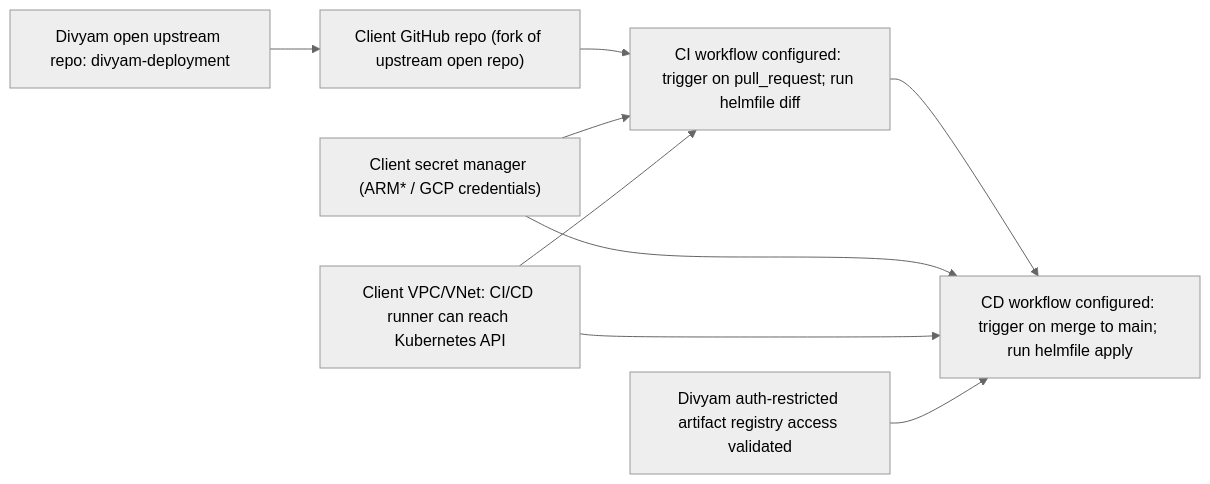
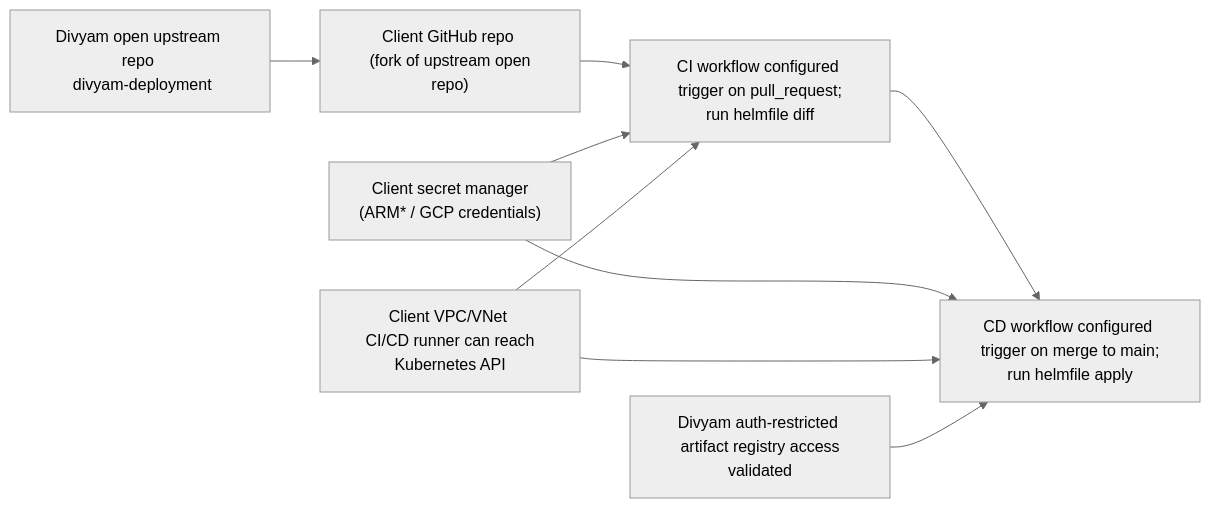
Before and after one commit to Divyam-AI/divyam-deployment: the first of 3 diagrams in k8s/docs/cicd-overview.md, drawn with Mermaid (neutral theme).

````diff
--- a/k8s/docs/cicd-overview.md
+++ b/k8s/docs/cicd-overview.md
@@ -13,17 +13,17 @@
 ```mermaid
 flowchart LR
-  U["Divyam open upstream repo: divyam-deployment"]
-  M["Client GitHub repo (fork of upstream open repo)"]
-  S["Client secret manager (ARM* / GCP credentials)"]
-  N["Client VPC/VNet: CI/CD runner can reach Kubernetes API"]
-  C["CI workflow configured: trigger on pull_request; run helmfile diff"]
-  D["CD workflow configured: trigger on merge to main; run helmfile apply"]
-  R["Divyam auth-restricted artifact registry access validated"]
+  U["Divyam open upstream repo \n divyam-deployment"]
+  M["Client GitHub repo \n (fork of upstream open repo)"]
+  S["Client secret manager \n (ARM* / GCP credentials)"]
+  N["Client VPC/VNet \n CI/CD runner can reach Kubernetes API"]
+  C["CI workflow configured \n trigger on pull_request; run helmfile diff"]
+  D["CD workflow configured \n trigger on merge to main; run helmfile apply"]
+  R["Divyam auth-restricted \n artifact registry access validated"]
 
   U --> M --> C --> D
   S --> C
   S --> D
   N --> C
   N --> D
   R --> D
 ```
````
